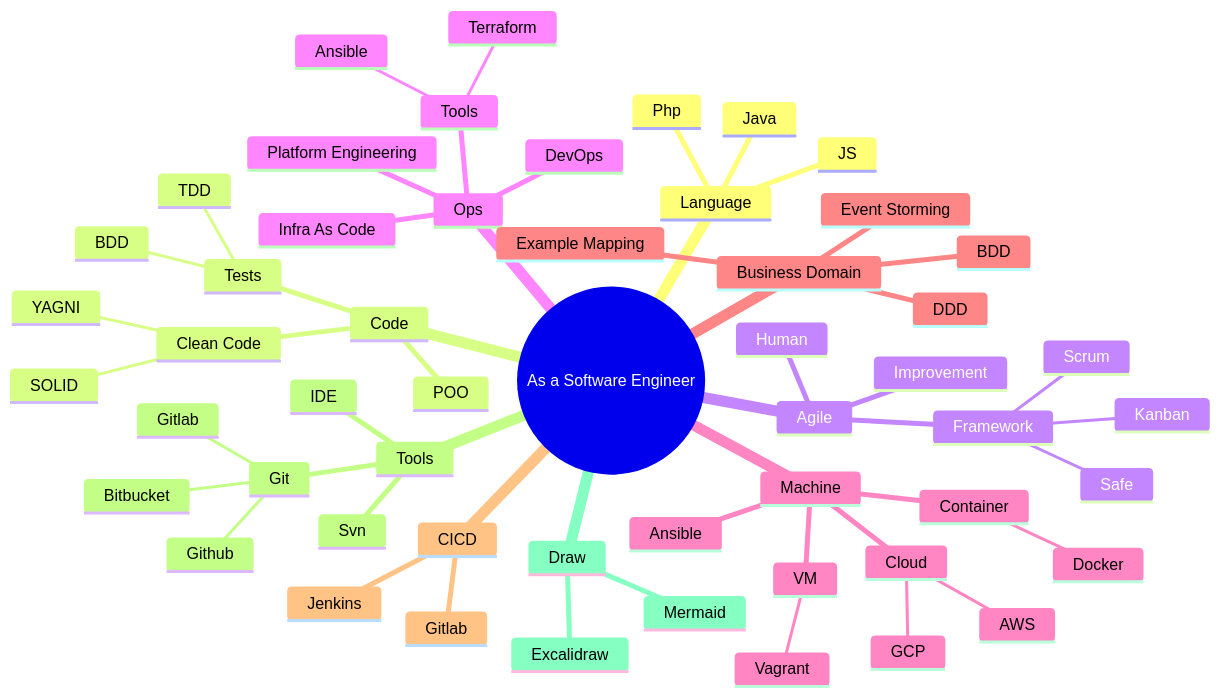
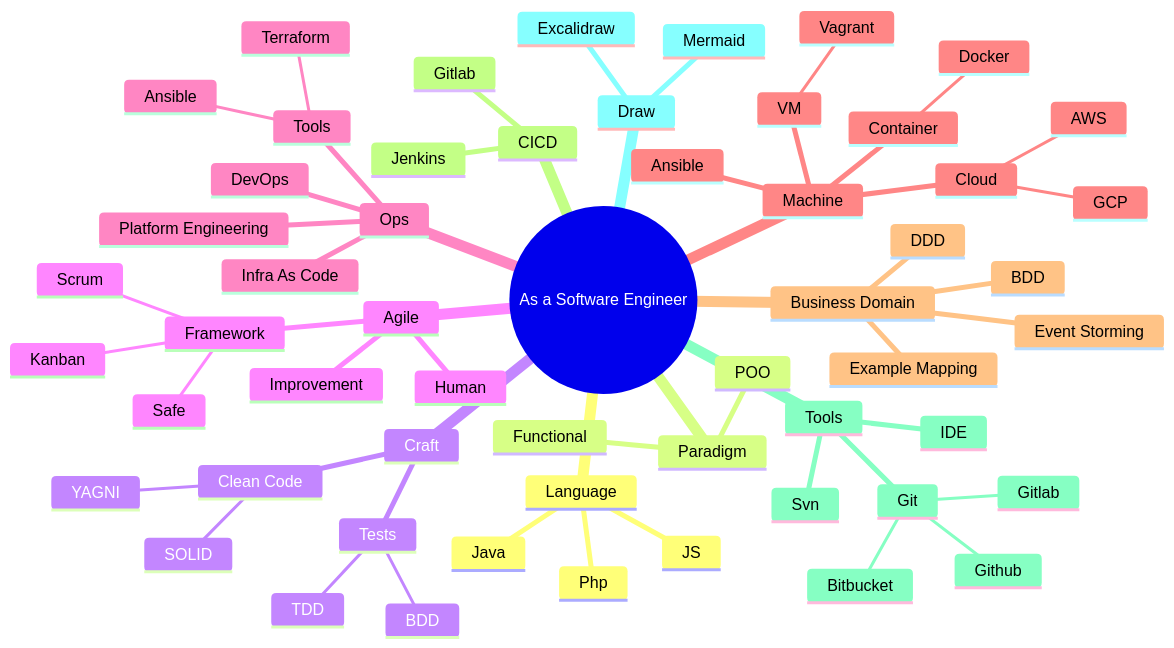
The diagram in README.md (tanguybernard/computer-science-knowledge), drawn with Mermaid before and after one commit. The commit also changed other lines of this file, not shown here.

````diff
--- a/README.md
+++ b/README.md
@@ -8,57 +6,59 @@
 ```mermaid
 mindmap
   root((As a Software Engineer))
     Language
       Php
       JS
       Java
-    Code
-      POO  
+    Paradigm
+      POO
+      Functional
+    Craft
       Clean Code
         SOLID
         YAGNI
       Tests
         TDD
         BDD
     Agile
       Human
       Improvement
       Framework
         Scrum
         Kanban
         Safe
     Ops
       DevOps
       Infra As Code
       Platform Engineering
       Tools
         Ansible
         Terraform
     Machine
       VM
         Vagrant
       Ansible
       Container
         Docker
       Cloud
         AWS
         GCP
     Business Domain
       DDD
       BDD
       Event Storming
       Example Mapping
     CICD
       Jenkins
       Gitlab
     Tools
       IDE
       Svn
       Git
         Github
         Gitlab
         Bitbucket
     Draw
       Excalidraw
       Mermaid
 ```
````
